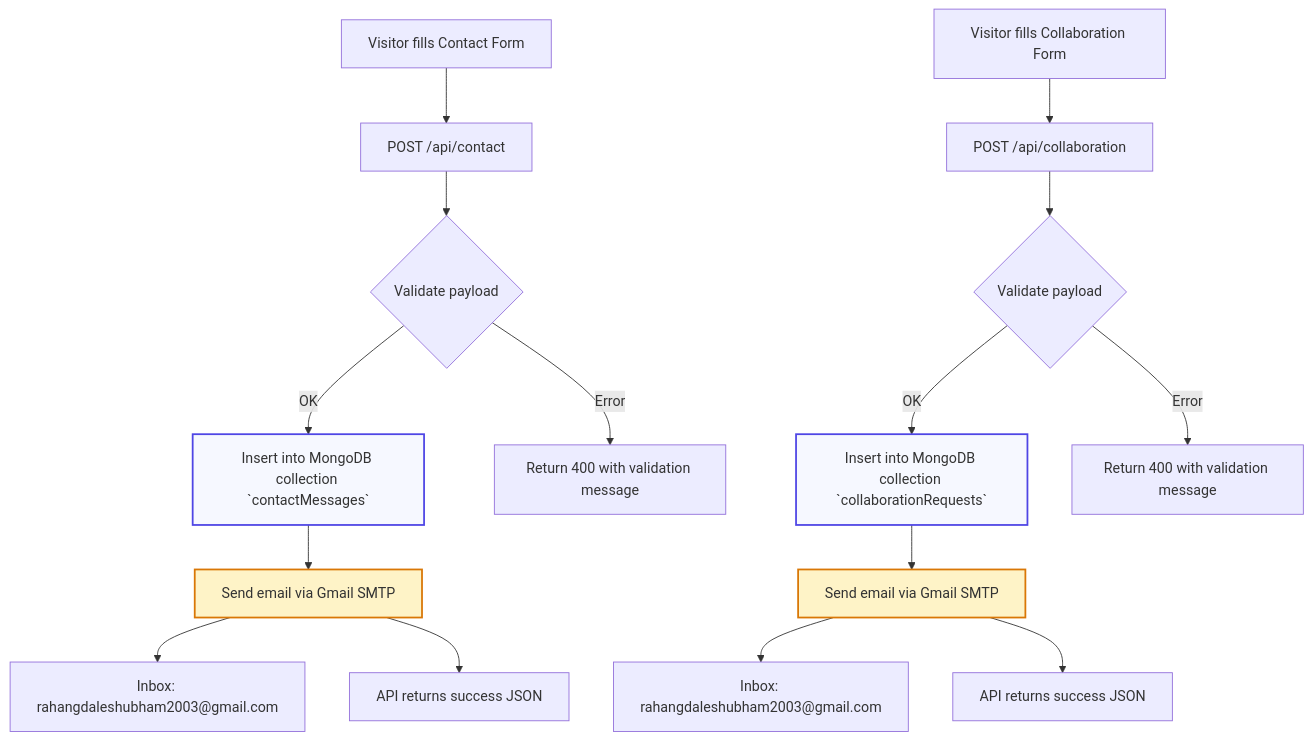
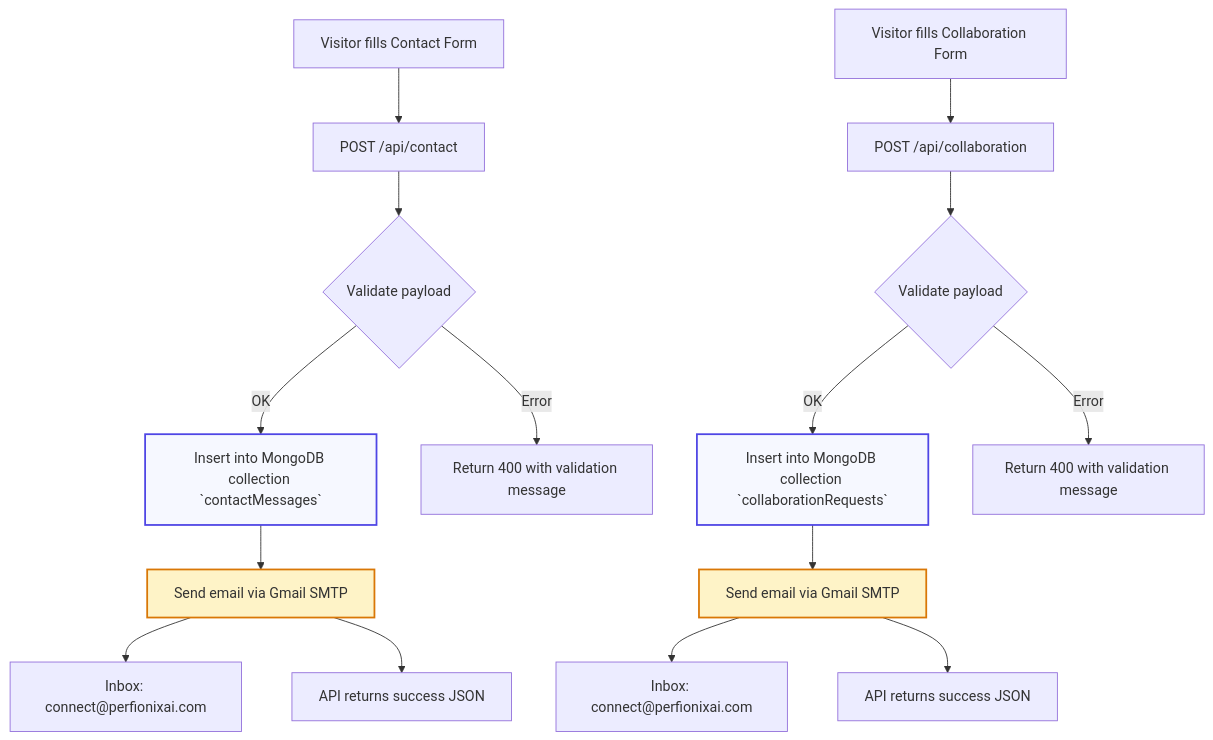
The diagram in README.md (TR0J49/PerfioNix-AI-Solutions-Pvt-Ltd), drawn with Mermaid before and after one commit. The commit also changed other lines of this file and 6 other files, not shown here.

First line of the commit message:
Update contact email to connect@perfionixai.com and add circular favicon

````diff
--- a/README.md
+++ b/README.md
@@ -100,28 +100,28 @@
 ```mermaid
 flowchart TD
   A[Visitor fills Contact Form] --> B[POST /api/contact]
   A2[Visitor fills Collaboration Form] --> B2[POST /api/collaboration]
 
   B --> C{Validate payload}
   B2 --> C2{Validate payload}
 
   C -->|OK| D[Insert into MongoDB collection `contactMessages`]
   C2 -->|OK| D2[Insert into MongoDB collection `collaborationRequests`]
 
   D --> E[Send email via Gmail SMTP]
   D2 --> E2[Send email via Gmail SMTP]
 
-  E --> F[Inbox: rahangdaleshubham2003@gmail.com]
-  E2 --> F2[Inbox: rahangdaleshubham2003@gmail.com]
+  E --> F[Inbox: connect@perfionixai.com]
+  E2 --> F2[Inbox: connect@perfionixai.com]
 
   C -->|Error| G[Return 400 with validation message]
   C2 -->|Error| G2[Return 400 with validation message]
 
   E --> H[API returns success JSON]
   E2 --> H2[API returns success JSON]
 
   style D fill:#f6f8ff,stroke:#4f46e5,stroke-width:2px
   style D2 fill:#f6f8ff,stroke:#4f46e5,stroke-width:2px
   style E fill:#fef3c7,stroke:#d97706,stroke-width:2px
   style E2 fill:#fef3c7,stroke:#d97706,stroke-width:2px
 ```
````
